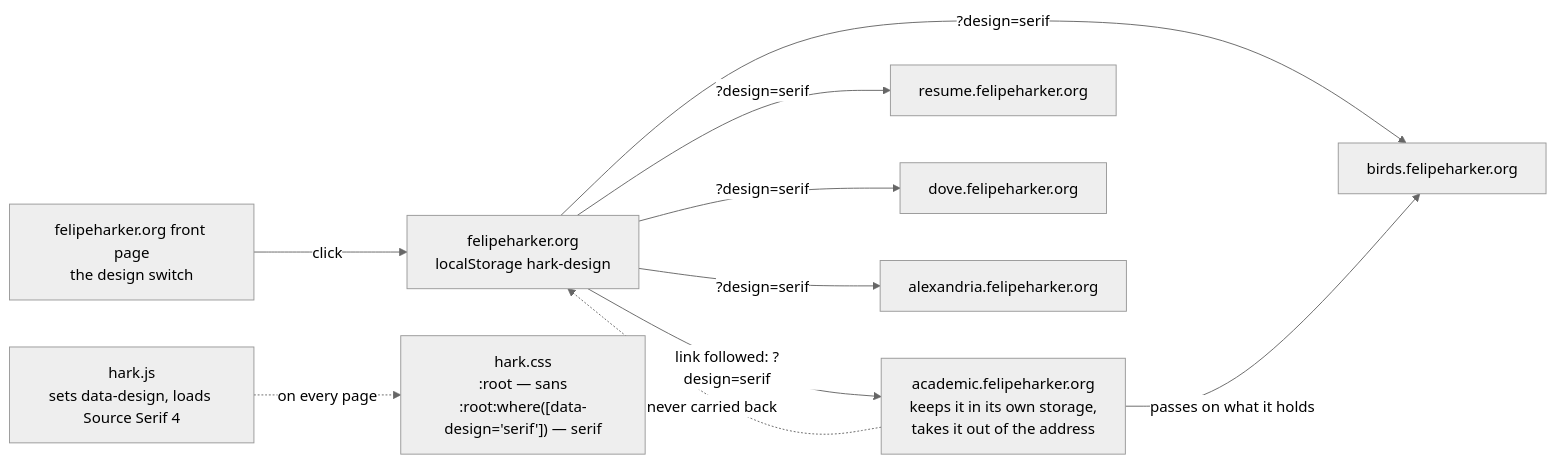
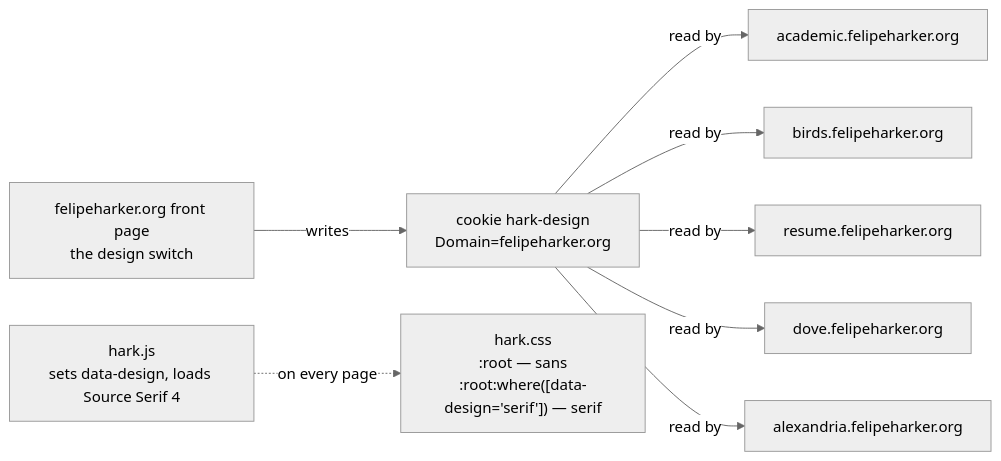
One commit to felipeharker/hark_web changed the fourth of 7 diagrams in ARCHITECTURE.md. Above: the diagram before and after it, drawn with Mermaid (neutral theme). The commit also changed other lines of this file and 17 other files, not shown here.

First line of the commit message:
One cookie for the design, share cards, a sitemap and a Check workflow

````diff
--- a/ARCHITECTURE.md
+++ b/ARCHITECTURE.md
@@ -131,16 +131,14 @@
 ```mermaid
 flowchart LR
   switch["felipeharker.org front page<br/>the design switch"]
-  store["felipeharker.org<br/>localStorage hark-design"]
-  switch -- "click" --> store
-  store -- "link followed: ?design=serif" --> acad["academic.felipeharker.org<br/>keeps it in its own storage,<br/>takes it out of the address"]
-  store -- "?design=serif" --> birds["birds.felipeharker.org"]
-  store -- "?design=serif" --> resume["resume.felipeharker.org"]
-  store -- "?design=serif" --> dove["dove.felipeharker.org"]
-  store -- "?design=serif" --> alex["alexandria.felipeharker.org"]
-  acad -- "passes on what it holds" --> birds
-  acad -. "never carried back" .-> store
+  store["cookie hark-design<br/>Domain=felipeharker.org"]
+  switch -- "writes" --> store
+  store -- "read by" --> acad["academic.felipeharker.org"]
+  store -- "read by" --> birds["birds.felipeharker.org"]
+  store -- "read by" --> resume["resume.felipeharker.org"]
+  store -- "read by" --> dove["dove.felipeharker.org"]
+  store -- "read by" --> alex["alexandria.felipeharker.org"]
   css["hark.css<br/>:root — sans<br/>:root:where([data-design='serif']) — serif"]
   script["hark.js<br/>sets data-design, loads Source Serif 4"]
   script -. "on every page" .-> css
 ```
````
